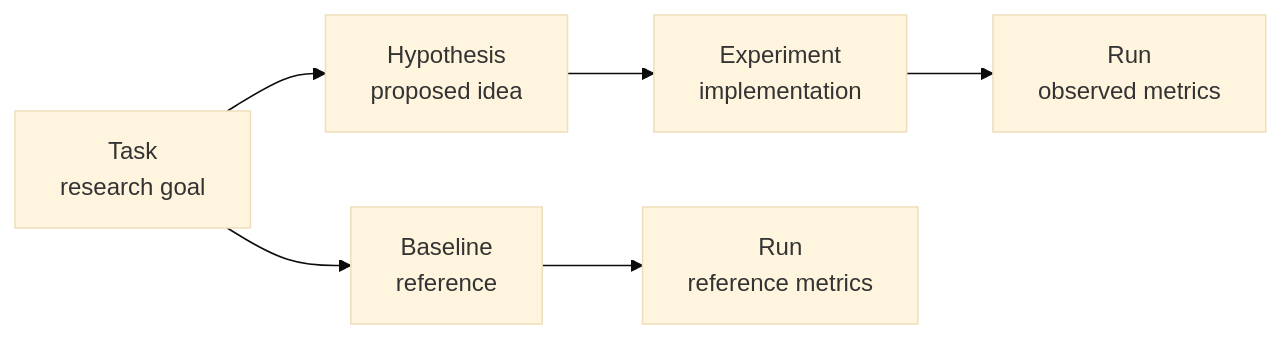
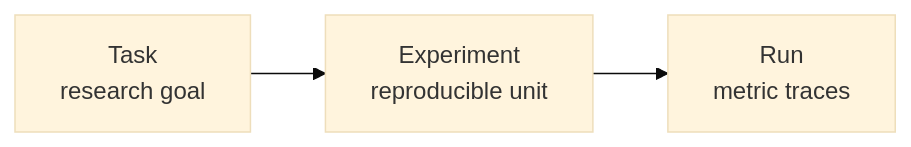
One commit to SwissDataScienceCenter/hiraku changed the diagram in docs/index.md. Above: the diagram before and after it, drawn with Mermaid (base theme). The commit also changed other lines of this file and 2 other files, not shown here.

````diff
--- a/docs/index.md
+++ b/docs/index.md
@@ -37,8 +51,4 @@
 ```mermaid
 flowchart LR
-    T[Task<br/>research goal] --> B[Baseline<br/>reference]
-    T --> H[Hypothesis<br/>proposed idea]
-    H --> E[Experiment<br/>implementation]
-    B --> R1[Run<br/>reference metrics]
-    E --> R2[Run<br/>observed metrics]
+    T[Task<br/>research goal] --> E[Experiment<br/>reproducible unit] --> R[Run<br/>metric traces]
 ```
````
